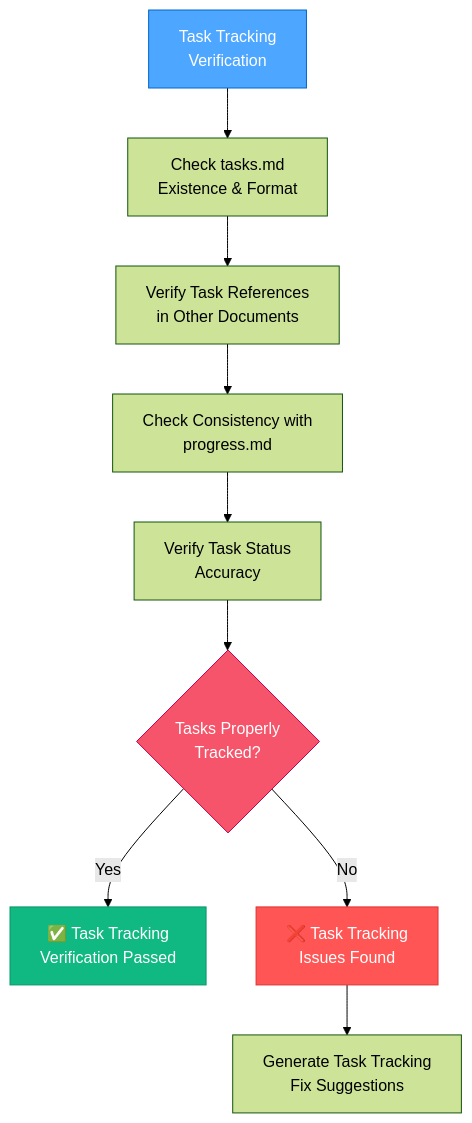
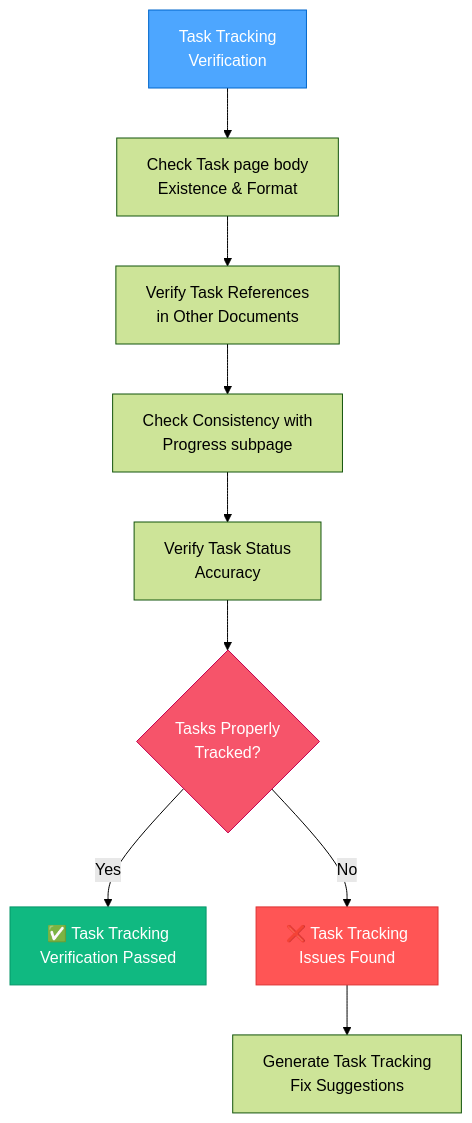
One commit to xianzhu21/cursor-memory-notion changed the fourth of 10 diagrams in .cursor/rules/isolation_rules/visual-maps/qa-mode-map.mdc. Above: the diagram before and after it, drawn with Mermaid (forest theme). The commit also changed other lines of this file and 37 other files, not shown here.

````diff
--- a/.cursor/rules/isolation_rules/visual-maps/qa-mode-map.mdc
+++ b/.cursor/rules/isolation_rules/visual-maps/qa-mode-map.mdc
@@ -114,18 +115,18 @@
 ```mermaid
 graph TD
-    TTV["Task Tracking<br>Verification"] --> CheckTasksFile["Check tasks.md<br>Existence & Format"]
+    TTV["Task Tracking<br>Verification"] --> CheckTasksFile["Check Task page body<br>Existence & Format"]
     CheckTasksFile --> VerifyReferences["Verify Task References<br>in Other Documents"]
-    VerifyReferences --> ProgressCheck["Check Consistency with<br>progress.md"]
+    VerifyReferences --> ProgressCheck["Check Consistency with<br>Progress subpage"]
     ProgressCheck --> StatusCheck["Verify Task Status<br>Accuracy"]
     
     StatusCheck --> TaskConsistency{"Tasks Properly<br>Tracked?"}
     TaskConsistency -->|"Yes"| PassTasks["✅ Task Tracking<br>Verification Passed"]
     TaskConsistency -->|"No"| FailTasks["❌ Task Tracking<br>Issues Found"]
     
     FailTasks --> TaskFixSuggestions["Generate Task Tracking<br>Fix Suggestions"]
     
     style TTV fill:#4da6ff,stroke:#0066cc,color:white
     style TaskConsistency fill:#f6546a,stroke:#c30052,color:white
     style PassTasks fill:#10b981,stroke:#059669,color:white
     style FailTasks fill:#ff5555,stroke:#dd3333,color:white
 ```
````
